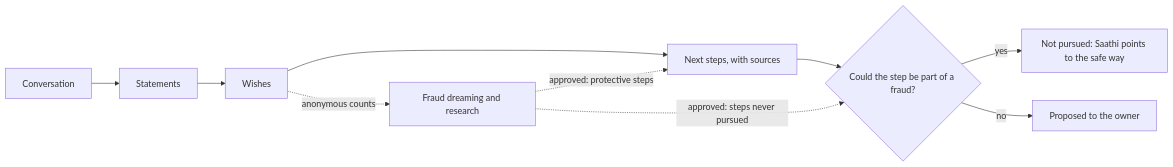
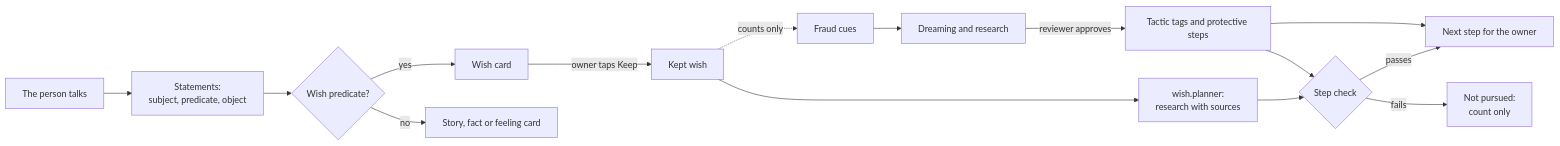
One commit to sachiachar/anvaya changed the first of 3 diagrams in docs/proposals/listening.md. Above: the diagram before and after it, drawn with Mermaid. The commit also changed other lines of this file, not shown here.

````diff
--- a/docs/proposals/listening.md
+++ b/docs/proposals/listening.md
@@ -9,12 +9,17 @@
 ```mermaid
 flowchart LR
-    C[Conversation] --> S[Statements]
-    S --> W[Wishes]
-    W --> N[Next steps, with sources]
-    N --> K{Could the step be part of a fraud?}
-    K -- yes --> X["Not pursued: Saathi points to the safe way"]
-    K -- no --> O[Proposed to the owner]
-    W -. anonymous counts .-> R[Fraud dreaming and research]
-    R -. "approved: protective steps" .-> N
-    R -. "approved: steps never pursued" .-> K
+  A[The person talks] --> B[Statements:<br/>subject, predicate, object]
+  B --> C{Wish predicate?}
+  C -- yes --> D[Wish card]
+  C -- no --> E[Story, fact or feeling card]
+  D -- owner taps Keep --> F[Kept wish]
+  F --> G[wish.planner:<br/>research with sources]
+  G --> H{Step check}
+  H -- passes --> I[Next step for the owner]
+  H -- fails --> J[Not pursued:<br/>count only]
+  F -. counts only .-> K[Fraud cues]
+  K --> L[Dreaming and research]
+  L -- reviewer approves --> M[Tactic tags and protective steps]
+  M --> H
+  M --> I
 ```
````
